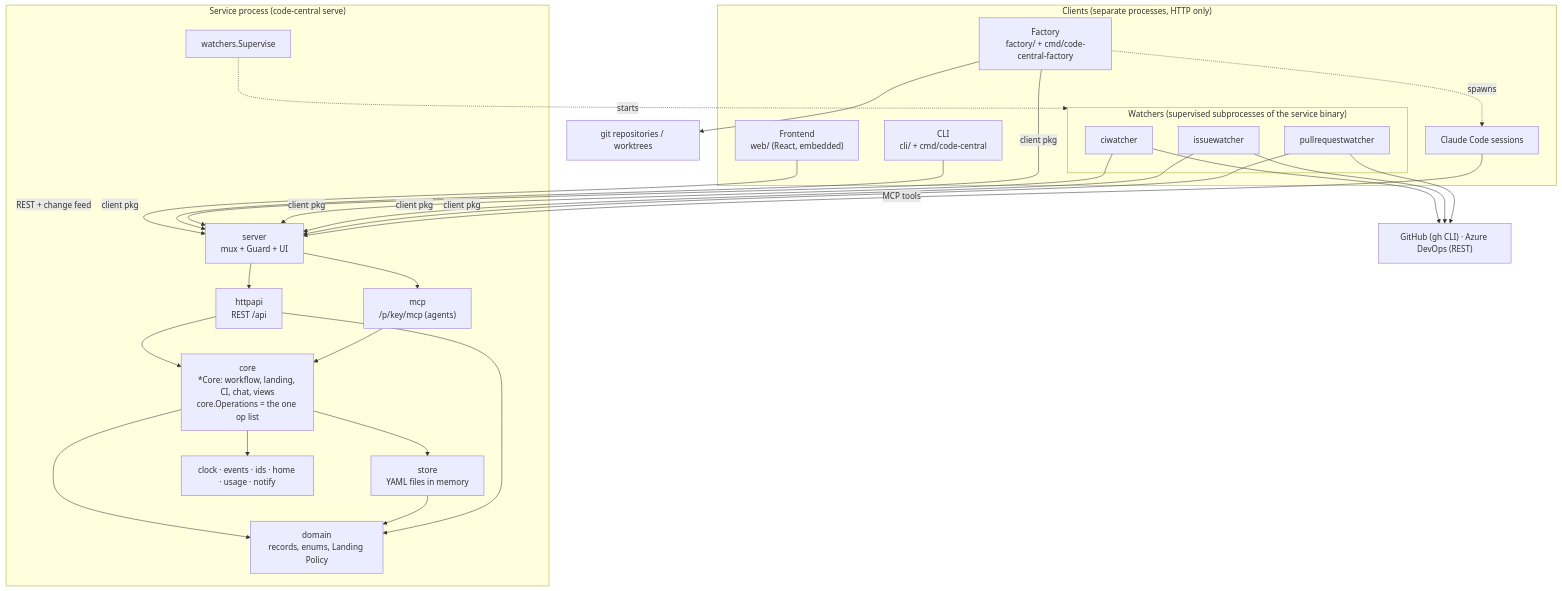
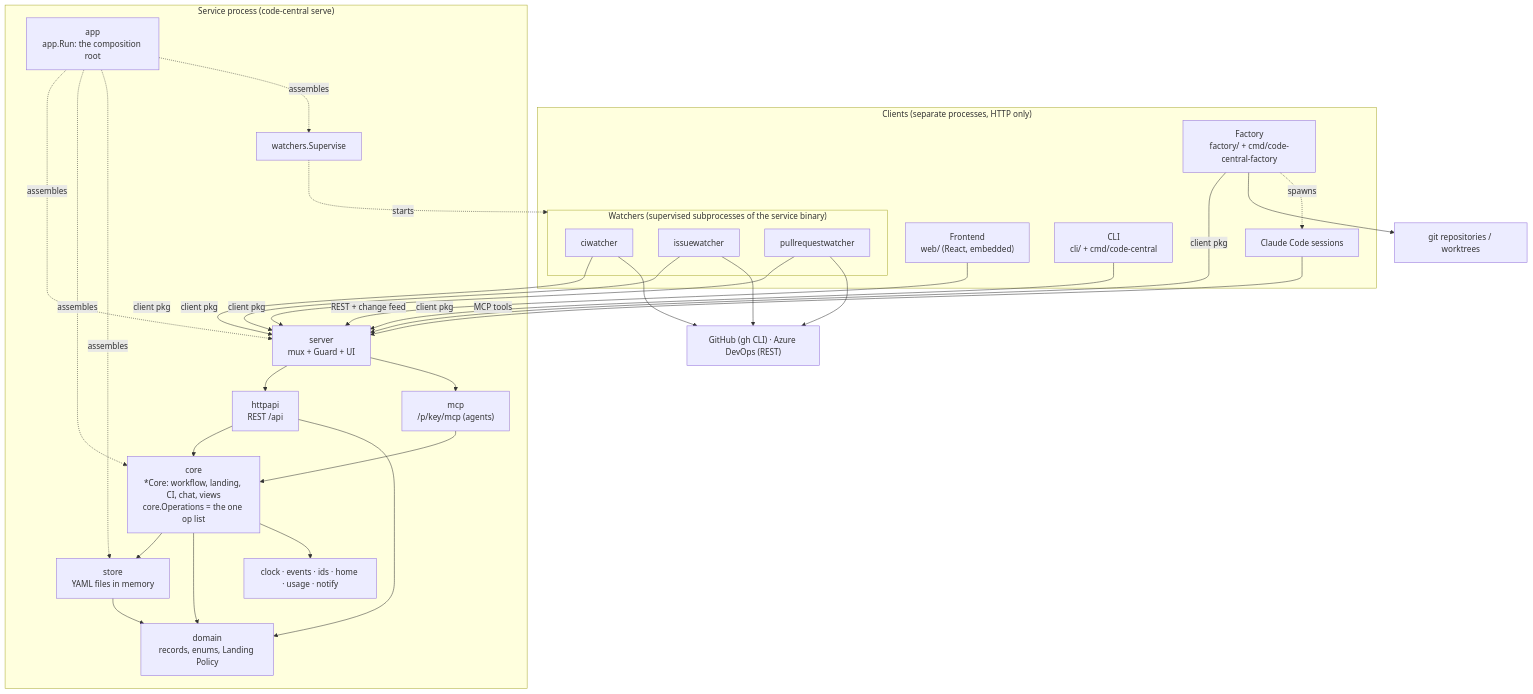
Before and after one commit to tomphp/code-central: the diagram in docs/architecture.md, drawn with Mermaid. The commit also changed other lines of this file and 14 other files, not shown here.

First line of the commit message:
refactor(app): move the service's composition out of cli/serve.go into app (code-central-937)

````diff
--- a/docs/architecture.md
+++ b/docs/architecture.md
@@ -11,45 +11,47 @@
 ```mermaid
 flowchart TB
   subgraph Clients["Clients (separate processes, HTTP only)"]
     UI["Frontend<br/>web/ (React, embedded)"]
     CLI["CLI<br/>cli/ + cmd/code-central"]
     FAC["Factory<br/>factory/ + cmd/code-central-factory"]
     subgraph W["Watchers (supervised subprocesses of the service binary)"]
       CIW["ciwatcher"]
       ISW["issuewatcher"]
       PRW["pullrequestwatcher"]
     end
     AGENT["Claude Code sessions"]
   end
 
   subgraph Service["Service process (code-central serve)"]
+    APP["app<br/>app.Run: the composition root"]
     FD["server<br/>mux + Guard + UI"]
     API["httpapi<br/>REST /api"]
     MCP["mcp<br/>/p/key/mcp (agents)"]
     CORE["core<br/>*Core: workflow, landing, CI, chat, views<br/>core.Operations = the one op list"]
     DOMAIN["domain<br/>records, enums, Landing Policy"]
     STORE["store<br/>YAML files in memory"]
     SUP["watchers.Supervise"]
     SIDE["clock · events · ids · home · usage · notify"]
   end
 
   EXT["GitHub (gh CLI) · Azure DevOps (REST)"]
   GIT["git repositories / worktrees"]
 
   UI -->|REST + change feed| FD
   CLI -->|client pkg| FD
   FAC -->|client pkg| FD
   CIW & ISW & PRW -->|client pkg| FD
   AGENT -->|MCP tools| FD
+  APP -.assembles.-> FD & CORE & STORE & SUP
   FD --> API --> CORE
   FD --> MCP --> CORE
   CORE --> STORE
   CORE --> DOMAIN
   STORE --> DOMAIN
   API --> DOMAIN
   CORE --> SIDE
   SUP -.starts.-> W
   FAC --> GIT
   FAC -.spawns.-> AGENT
   CIW & ISW & PRW --> EXT
 ```
````
